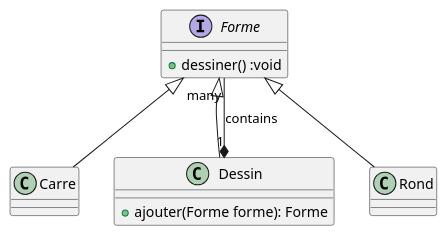
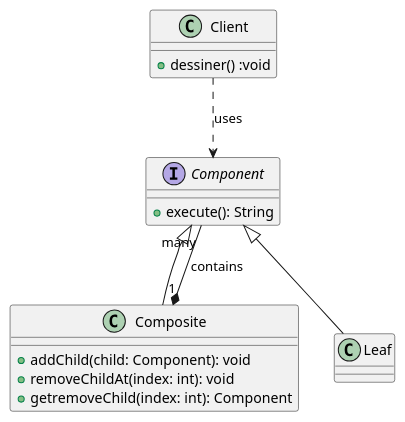
One commit to jandry/design-pattern changed the diagram in src/uml/composition.puml. Above: the diagram before and after it, drawn with PlantUML. The commit also changed 1 other file, not shown here.

```diff
--- a/src/uml/composition.puml
+++ b/src/uml/composition.puml
@@ -1,16 +1,21 @@
-@startuml interfaceAlias -- componentAlias : label <<stereotype>>
-interface Forme {
+@startuml Composite
+class Client {
      + dessiner() :void   
 }
-class Carre
-class Dessin {
-    + ajouter(Forme forme): Forme
+interface Component {
+     + execute(): String
 }
-class Rond
+class Composite {
+     + addChild(child: Component): void
+     + removeChildAt(index: int): void
+     + getremoveChild(index: int): Component     
+}
+class Leaf
 
-Dessin "1" *-- "many" Forme : contains
+Client ..> Component : uses
 
-Forme <|-- Carre
-Forme <|-- Dessin
-Forme <|-- Rond
+Composite "1" *-- "many" Component : contains
+
+Component <|-- Leaf
+Component <|-- Composite
 @enduml
```
